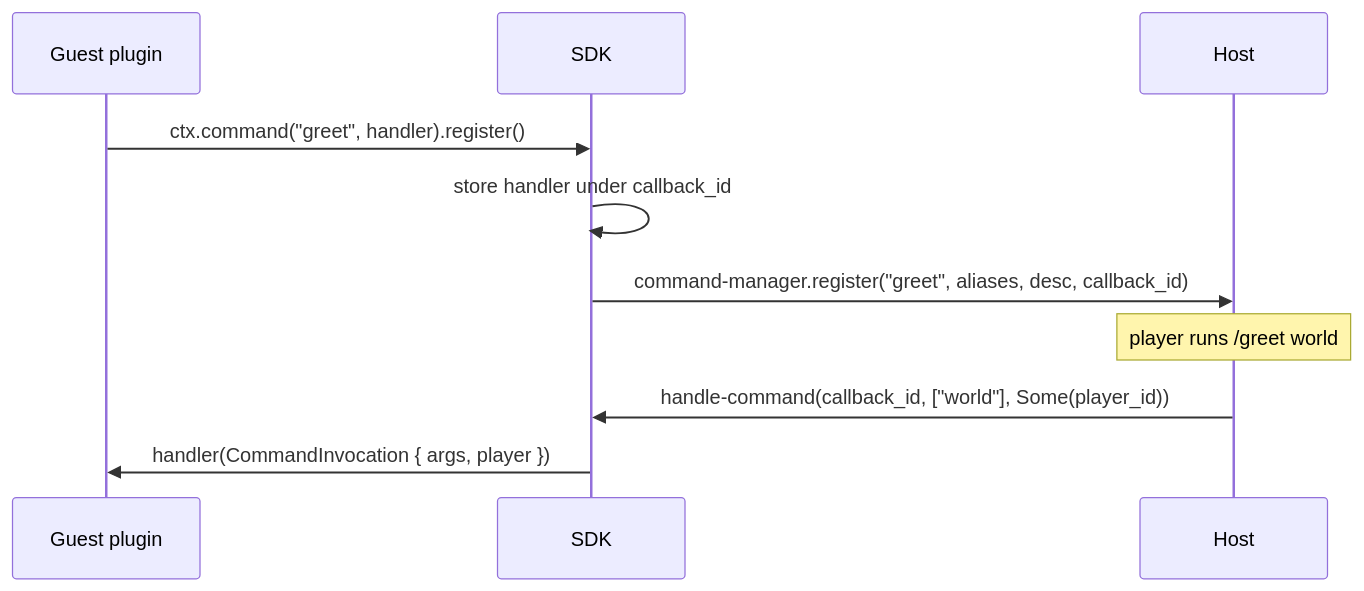
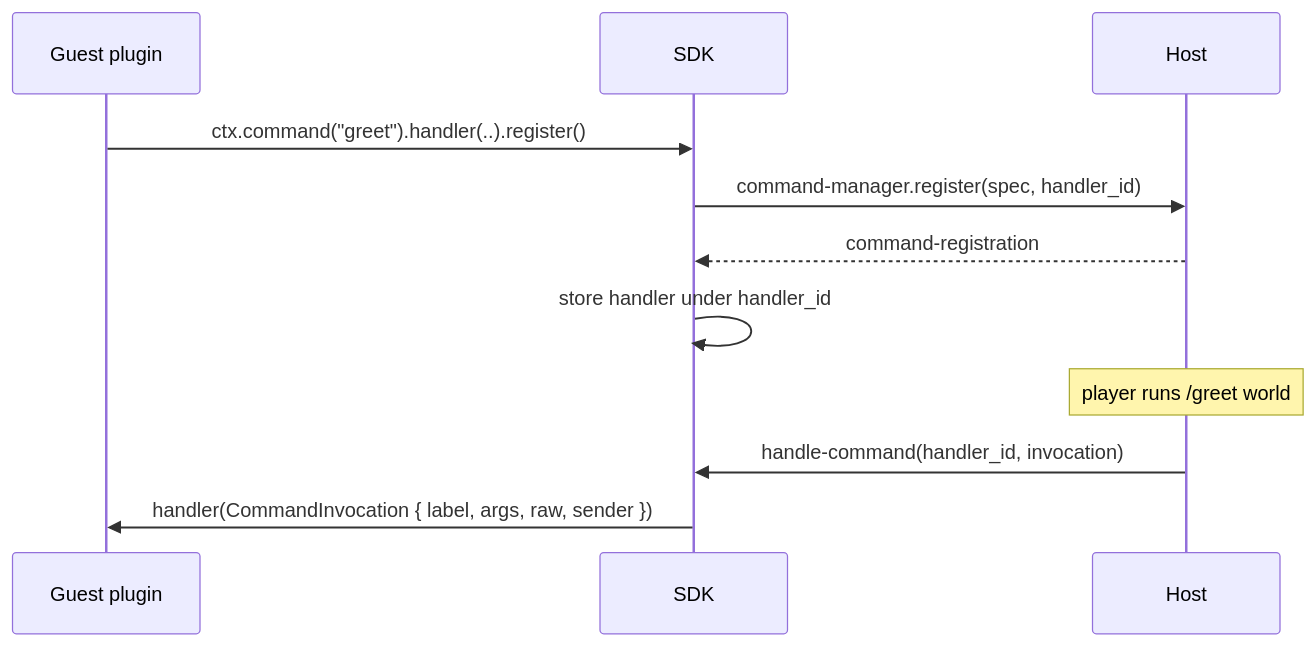
One commit to Shadowner/Infrarust changed the diagram in docs/v2/plugins/wasm/commands.md. Above: the diagram before and after it, drawn with Mermaid. The commit also changed other lines of this file and 132 other files, not shown here.

````diff
--- a/docs/v2/plugins/wasm/commands.md
+++ b/docs/v2/plugins/wasm/commands.md
@@ -134,13 +152,14 @@
 ```mermaid
 sequenceDiagram
     participant Plugin as Guest plugin
     participant SDK
     participant Host
 
-    Plugin->>SDK: ctx.command("greet", handler).register()
-    SDK->>SDK: store handler under callback_id
-    SDK->>Host: command-manager.register("greet", aliases, desc, callback_id)
+    Plugin->>SDK: ctx.command("greet").handler(..).register()
+    SDK->>Host: command-manager.register(spec, handler_id)
+    Host-->>SDK: command-registration
+    SDK->>SDK: store handler under handler_id
     Note over Host: player runs /greet world
-    Host->>SDK: handle-command(callback_id, ["world"], Some(player_id))
-    SDK->>Plugin: handler(CommandInvocation { args, player })
+    Host->>SDK: handle-command(handler_id, invocation)
+    SDK->>Plugin: handler(CommandInvocation { label, args, raw, sender })
 ```
````
